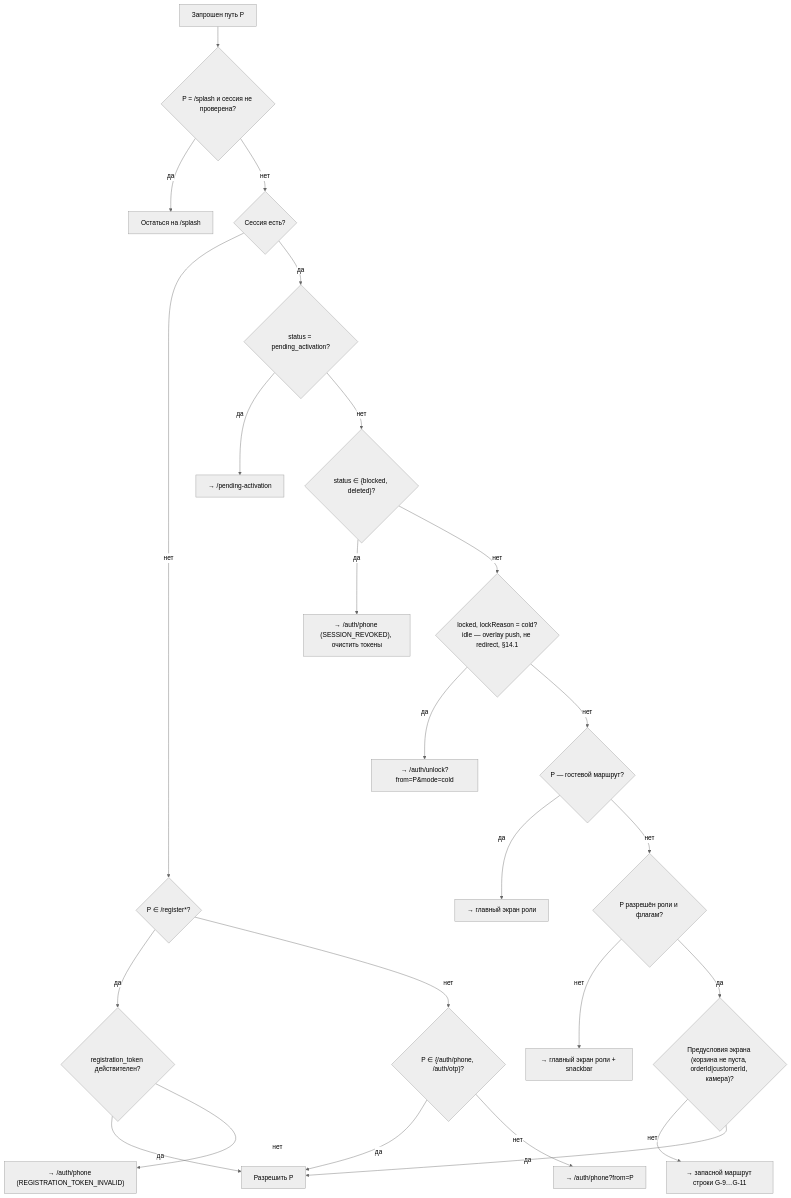
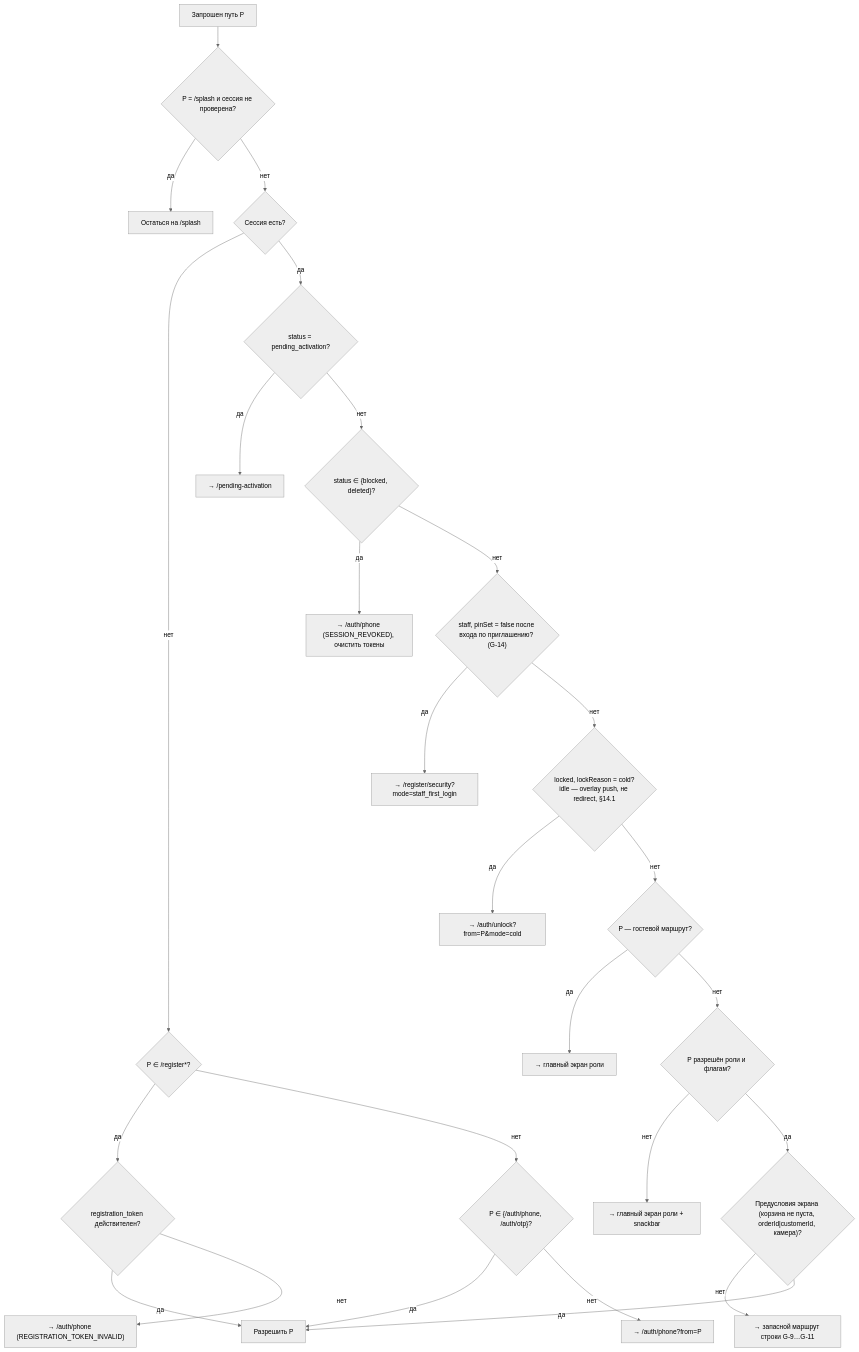
The second of 5 diagrams in docs/specification/visual/navigation.md (adhamjon100/optomstroy), drawn with Mermaid (neutral theme) before and after one commit. The commit also changed other lines of this file and 2687 other files, not shown here.

````diff
--- a/docs/specification/visual/navigation.md
+++ b/docs/specification/visual/navigation.md
@@ -180,26 +196,28 @@
 ```mermaid
 flowchart TD
   START["Запрошен путь P"] --> Q0{"P = /splash и сессия не проверена?"}
   Q0 -->|"да"| STAY0["Остаться на /splash"]
   Q0 -->|"нет"| Q1{"Сессия есть?"}
   Q1 -->|"нет"| Q2{"P ∈ /register*?"}
   Q2 -->|"да"| Q2a{"registration_token действителен?"}
   Q2a -->|"да"| ALLOW["Разрешить P"]
   Q2a -->|"нет"| AUTH["→ /auth/phone (REGISTRATION_TOKEN_INVALID)"]
   Q2 -->|"нет"| Q2b{"P ∈ {/auth/phone, /auth/otp}?"}
   Q2b -->|"да"| ALLOW
   Q2b -->|"нет"| AUTHF["→ /auth/phone?from=P"]
   Q1 -->|"да"| Q3{"status = pending_activation?"}
   Q3 -->|"да"| PEND["→ /pending-activation"]
   Q3 -->|"нет"| Q4{"status ∈ {blocked, deleted}?"}
   Q4 -->|"да"| REV["→ /auth/phone (SESSION_REVOKED), очистить токены"]
-  Q4 -->|"нет"| Q5{"locked, lockReason = cold?<br/>idle — overlay push, не redirect, §14.1"}
+  Q4 -->|"нет"| Q4a{"staff, pinSet = false после входа по приглашению? (G-14)"}
+  Q4a -->|"да"| FIRSTPIN["→ /register/security?mode=staff_first_login"]
+  Q4a -->|"нет"| Q5{"locked, lockReason = cold?<br/>idle — overlay push, не redirect, §14.1"}
   Q5 -->|"да"| UNLOCK["→ /auth/unlock?from=P&mode=cold"]
   Q5 -->|"нет"| Q6{"P — гостевой маршрут?"}
   Q6 -->|"да"| HOME["→ главный экран роли"]
   Q6 -->|"нет"| Q7{"P разрешён роли и флагам?"}
   Q7 -->|"нет"| HOME2["→ главный экран роли + snackbar"]
   Q7 -->|"да"| Q8{"Предусловия экрана (корзина не пуста, orderId|customerId, камера)?"}
   Q8 -->|"нет"| FALLBACK["→ запасной маршрут строки G-9…G-11"]
   Q8 -->|"да"| ALLOW
 ```
````
